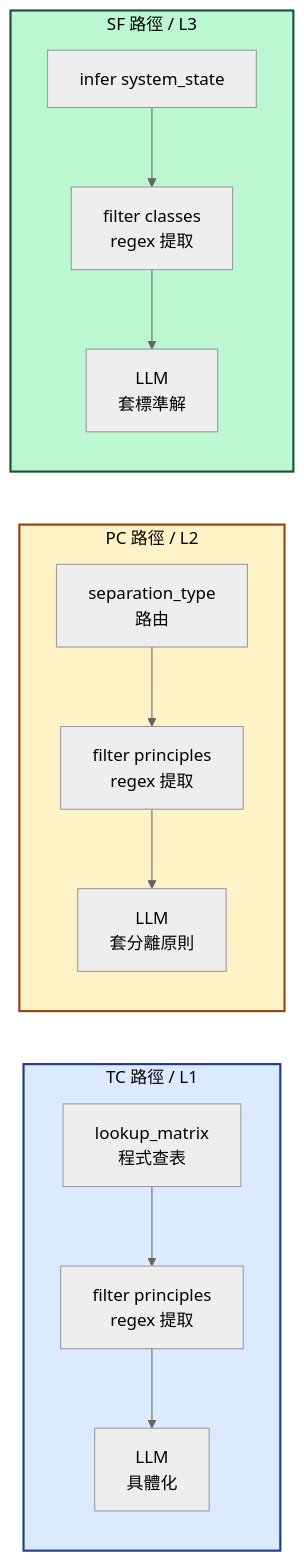
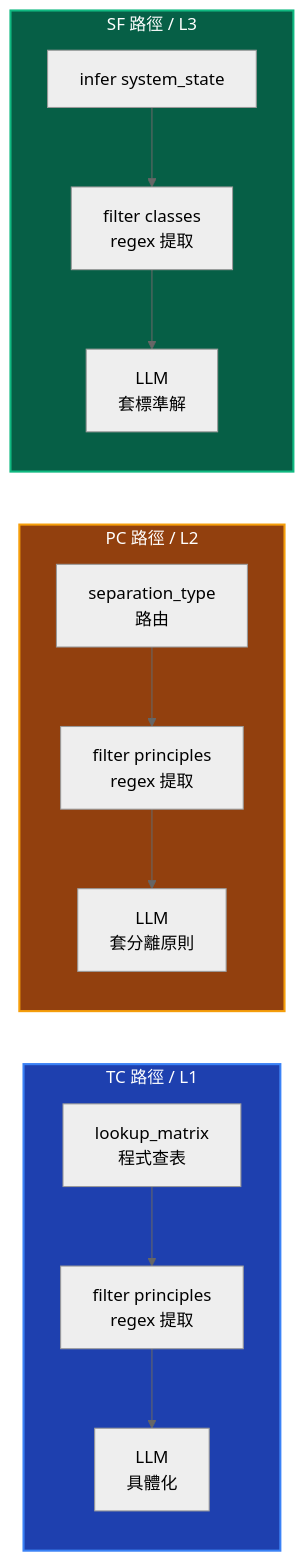
Before and after one commit to Zenobia0000/RD_copilot_system: diagram 18 of 31 in docs/01-define/diagrams/appendix-b--forward-triz-solver.md, drawn with Mermaid. The commit also changed other lines of this file and 10 other files, not shown here.

First line of the commit message:
docs(diagrams): Gate 審計修復 + diagrams 缺失補齊 + Mermaid 暗色配色

````diff
--- a/docs/01-define/diagrams/appendix-b--forward-triz-solver.md
+++ b/docs/01-define/diagrams/appendix-b--forward-triz-solver.md
@@ -941,19 +941,19 @@
 ```mermaid
 %%{init: {'theme': 'neutral'}}%%
 graph LR
     subgraph TCPath[TC 路徑 / L1]
         TC1[lookup_matrix<br/>程式查表] --> TC2[filter principles<br/>regex 提取] --> TC3[LLM<br/>具體化]
     end
 
     subgraph PCPath[PC 路徑 / L2]
         PC1[separation_type<br/>路由] --> PC2[filter principles<br/>regex 提取] --> PC3[LLM<br/>套分離原則]
     end
 
     subgraph SFPath[SF 路徑 / L3]
         SF1[infer system_state] --> SF2[filter classes<br/>regex 提取] --> SF3[LLM<br/>套標準解]
     end
 
-    style TCPath fill:#dbeafe,stroke:#1e3a8a,stroke-width:2px,color:#000
-    style PCPath fill:#fef3c7,stroke:#92400e,stroke-width:2px,color:#000
-    style SFPath fill:#bbf7d0,stroke:#14532d,stroke-width:2px,color:#000
+    style TCPath fill:#1E40AF,color:#fff,stroke:#3B82F6,stroke-width:2px
+    style PCPath fill:#92400E,color:#fff,stroke:#F59E0B,stroke-width:2px
+    style SFPath fill:#065F46,color:#fff,stroke:#10B981,stroke-width:2px
 ```
````
